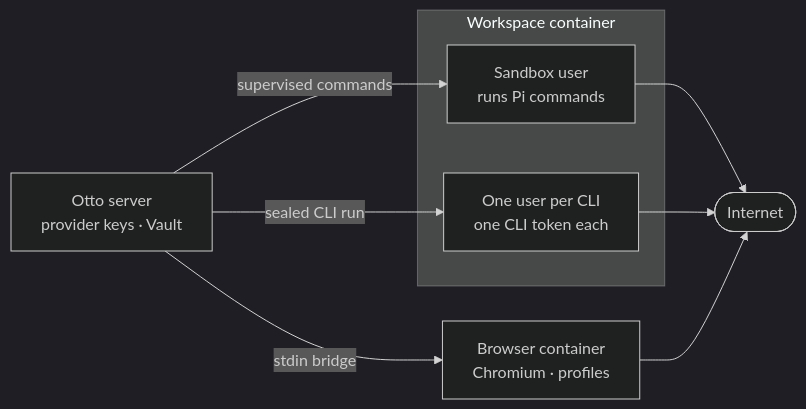
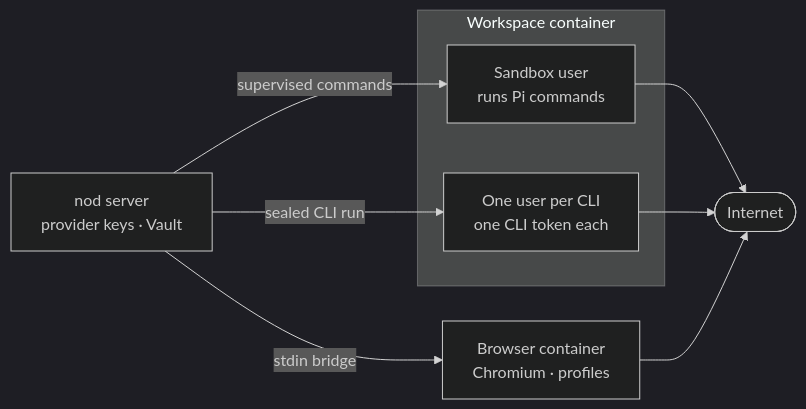
The first of 2 diagrams in docs/src/content/docs/how-it-works/sandbox-and-browser.md (n8n-io/nod), drawn with Mermaid (dark theme) before and after one commit. The commit also changed other lines of this file and 379 other files, not shown here.

First line of the commit message:
feat!: rename Otto to nod

````diff
--- a/docs/src/content/docs/how-it-works/sandbox-and-browser.md
+++ b/docs/src/content/docs/how-it-works/sandbox-and-browser.md
@@ -14,16 +14,16 @@
 ```mermaid
 flowchart LR
-  server[Otto server<br/>provider keys · Vault]:::accent
+  server[nod server<br/>provider keys · Vault]:::accent
   subgraph workspace[Workspace container]
     sandbox[Sandbox user<br/>runs Pi commands]
     cli[One user per CLI<br/>one CLI token each]
   end
   browser[Browser container<br/>Chromium · profiles]:::muted
   net([Internet])
   server -- supervised commands --> sandbox
   server -- sealed CLI run --> cli
   server -- stdin bridge --> browser
   sandbox --> net
   cli --> net
   browser --> net
 ```
````
